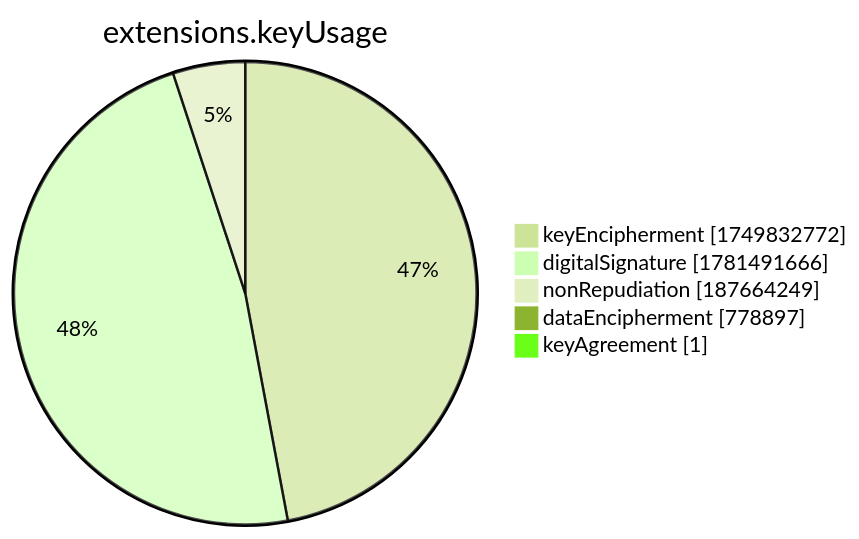
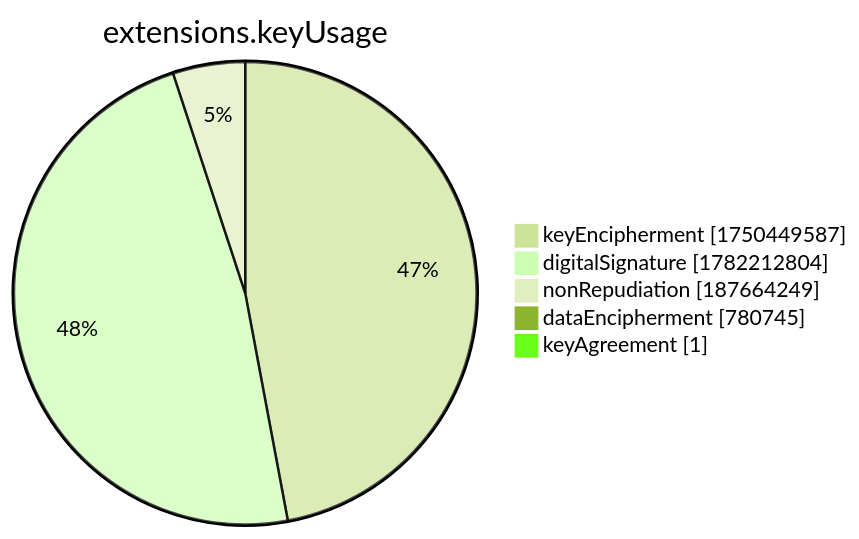
The seventh of 15 diagrams in xenon2022/README.md (christiankrug/ctmonitor_visualization), drawn with Mermaid (forest theme) before and after one commit. The commit also changed other lines of this file, not shown here.

````diff
--- a/xenon2022/README.md
+++ b/xenon2022/README.md
@@ -2859,9 +2859,9 @@
 ```mermaid
 pie showData
 title extensions.keyUsage
-"keyEncipherment" :1749832772
-"digitalSignature" :1781491666
+"keyEncipherment" :1750449587
+"digitalSignature" :1782212804
 "nonRepudiation" :187664249
-"dataEncipherment" :778897
+"dataEncipherment" :780745
 "keyAgreement" :1
 ```
````
